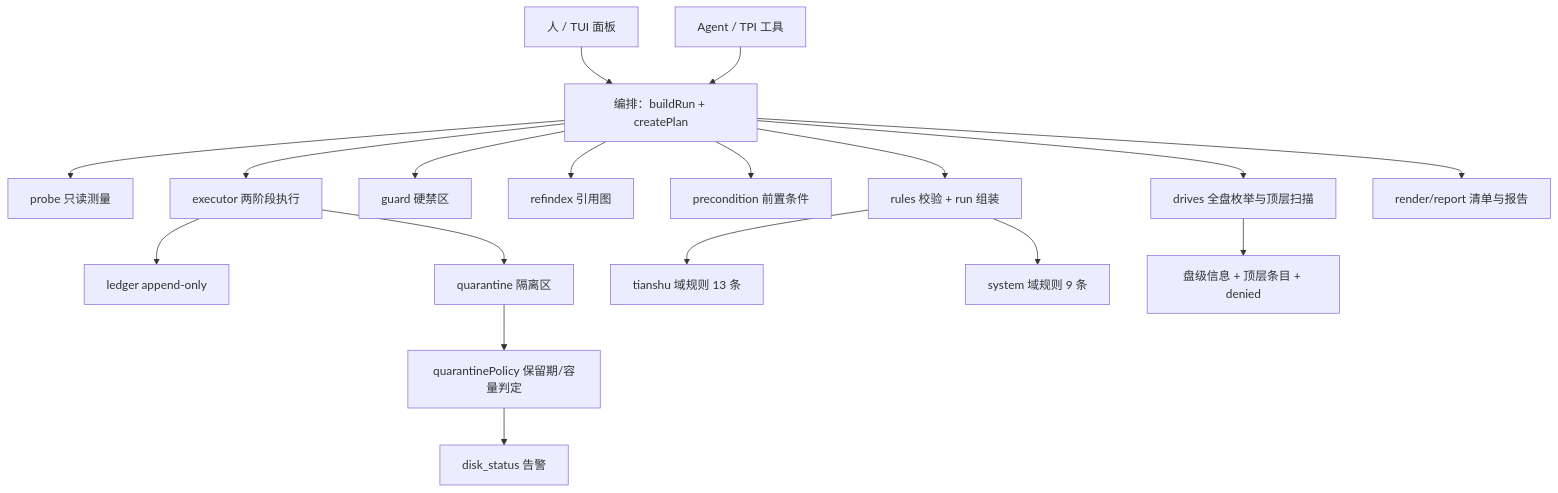
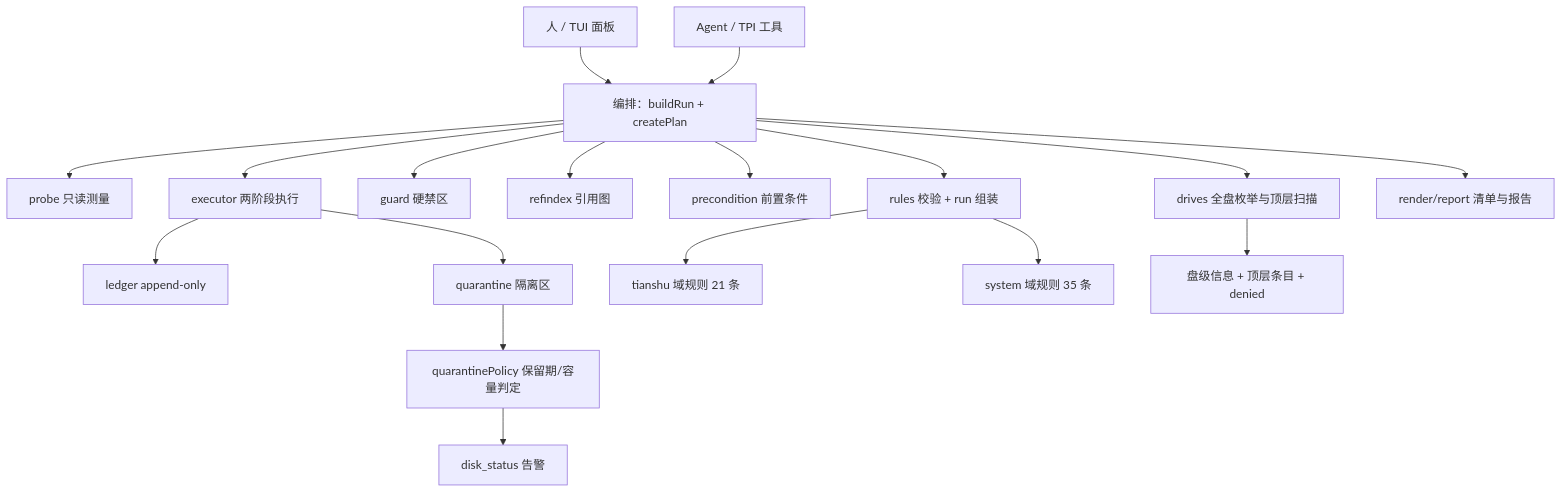
One commit to sky-mirrors/TianShu-Februus changed the diagram in disk-steward/README.md. Above: the diagram before and after it, drawn with Mermaid. The commit also changed other lines of this file and 6 other files, not shown here.

````diff
--- a/disk-steward/README.md
+++ b/disk-steward/README.md
@@ -139,20 +139,20 @@
 ```mermaid
 flowchart TD
   U[人 / TUI 面板] --> O[编排：buildRun + createPlan]
   A[Agent / TPI 工具] --> O
   O --> P[probe 只读测量]
   O --> R[rules 校验 + run 组装]
   O --> G[guard 硬禁区]
   O --> I[refindex 引用图]
   O --> PC[precondition 前置条件]
   O --> DR[drives 全盘枚举与顶层扫描]
   O --> E[executor 两阶段执行]
   E --> L[ledger append-only]
   E --> Q[quarantine 隔离区]
   Q --> POL[quarantinePolicy 保留期/容量判定]
   POL --> ST[disk_status 告警]
-  R --> D1[tianshu 域规则 13 条]
-  R --> D2[system 域规则 9 条]
+  R --> D1[tianshu 域规则 21 条]
+  R --> D2[system 域规则 35 条]
   DR --> D3[盘级信息 + 顶层条目 + denied]
   O --> RP[render/report 清单与报告]
 ```
````
